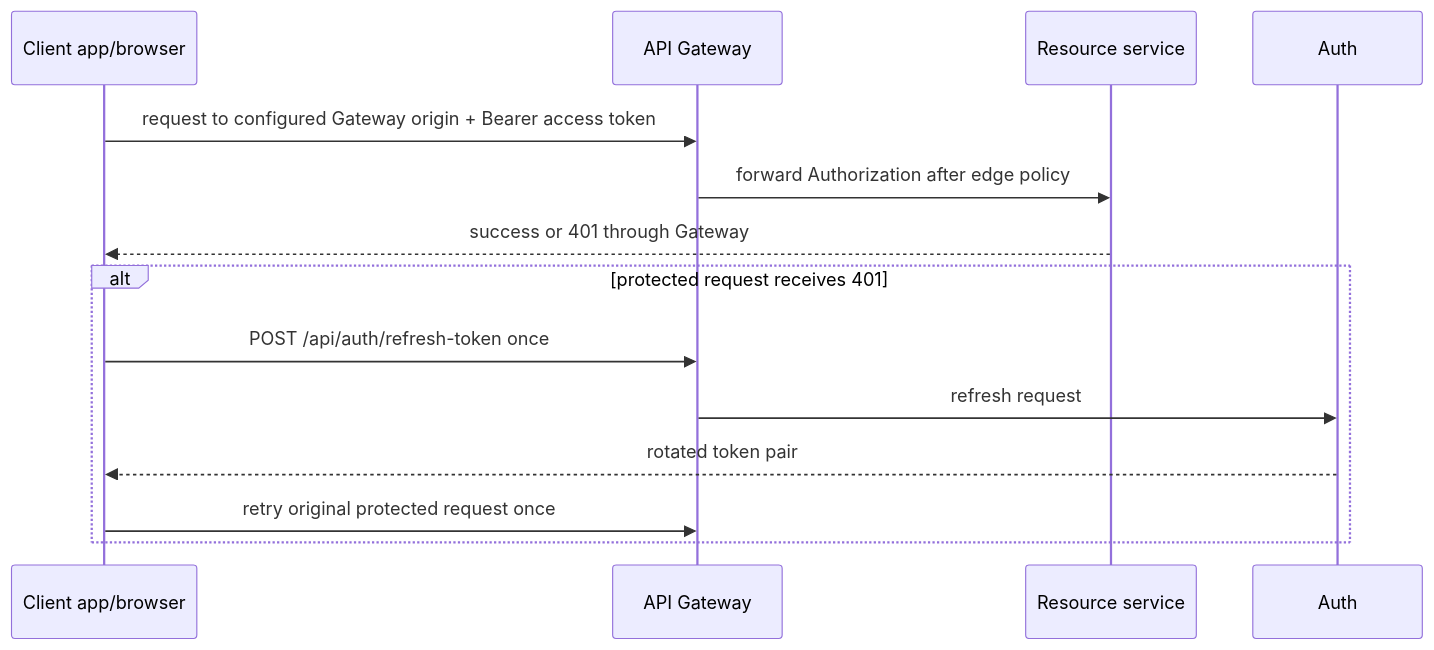
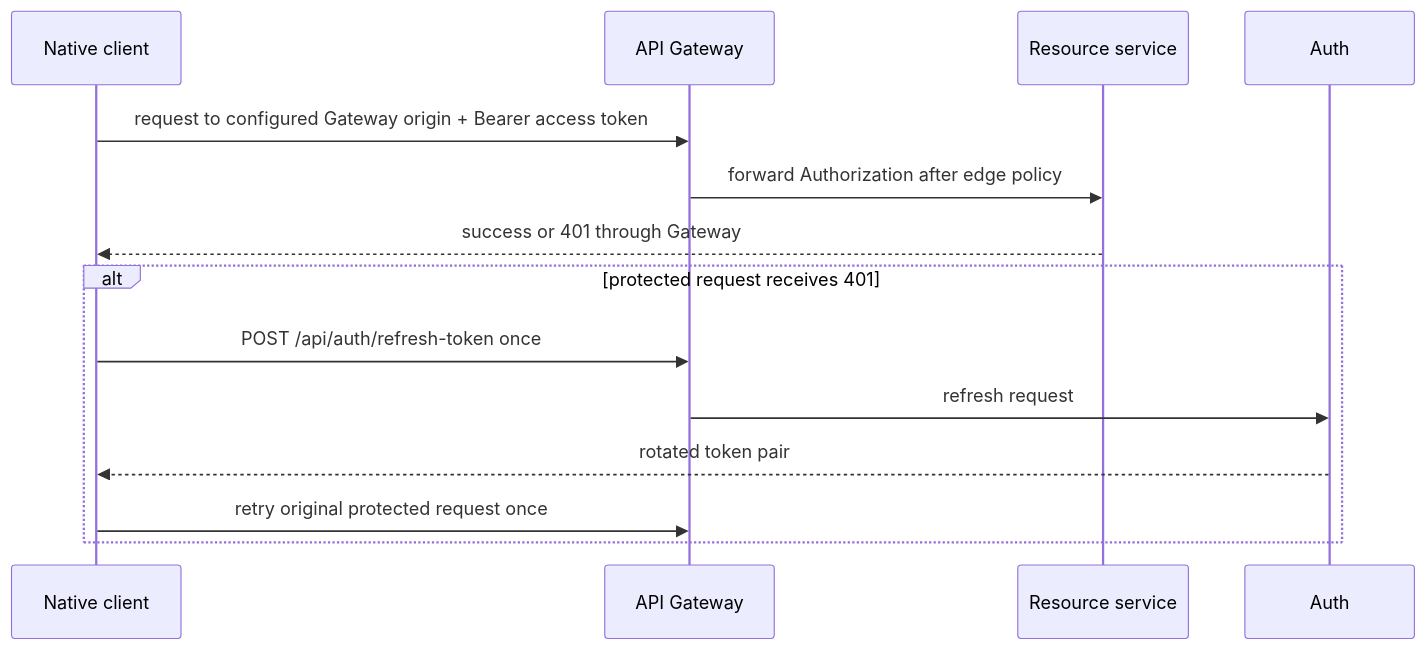
One commit to hoanganhnth/delivery_backend changed the diagram in docs/platform/system/clients.md. Above: the diagram before and after it, drawn with Mermaid. The commit also changed other lines of this file and 50 other files, not shown here.

````diff
--- a/docs/platform/system/clients.md
+++ b/docs/platform/system/clients.md
@@ -22,17 +22,17 @@
 ```mermaid
 sequenceDiagram
-    participant App as Client app/browser
+    participant App as Native client
     participant G as API Gateway
     participant R as Resource service
     participant A as Auth
 
     App->>G: request to configured Gateway origin + Bearer access token
     G->>R: forward Authorization after edge policy
     R-->>App: success or 401 through Gateway
     alt protected request receives 401
         App->>G: POST /api/auth/refresh-token once
         G->>A: refresh request
         A-->>App: rotated token pair
         App->>G: retry original protected request once
     end
 ```
````
